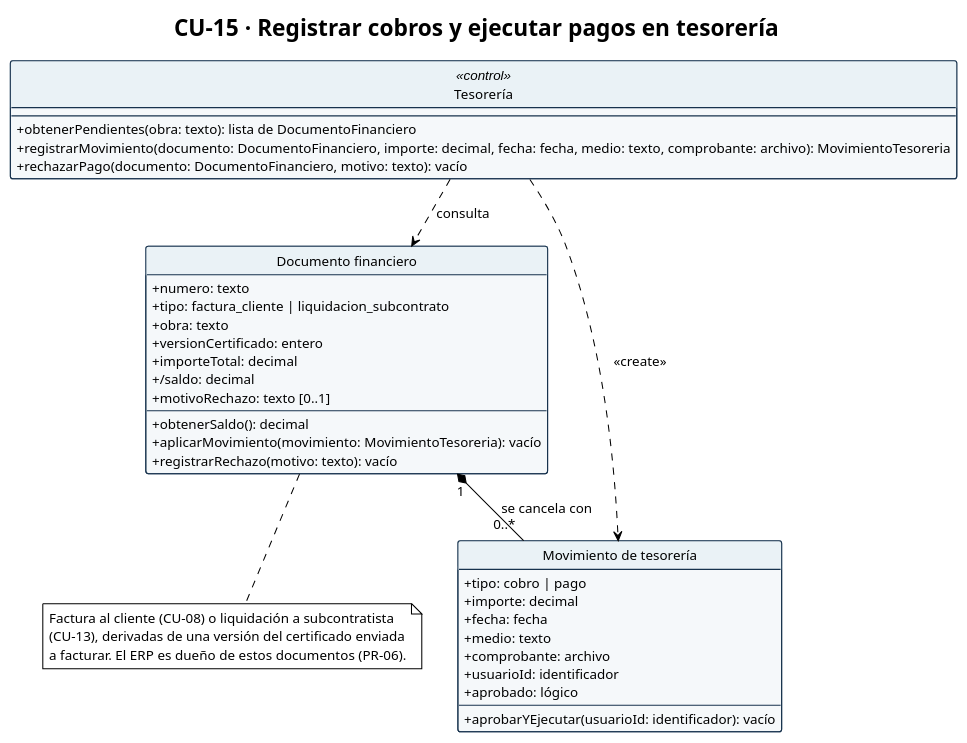
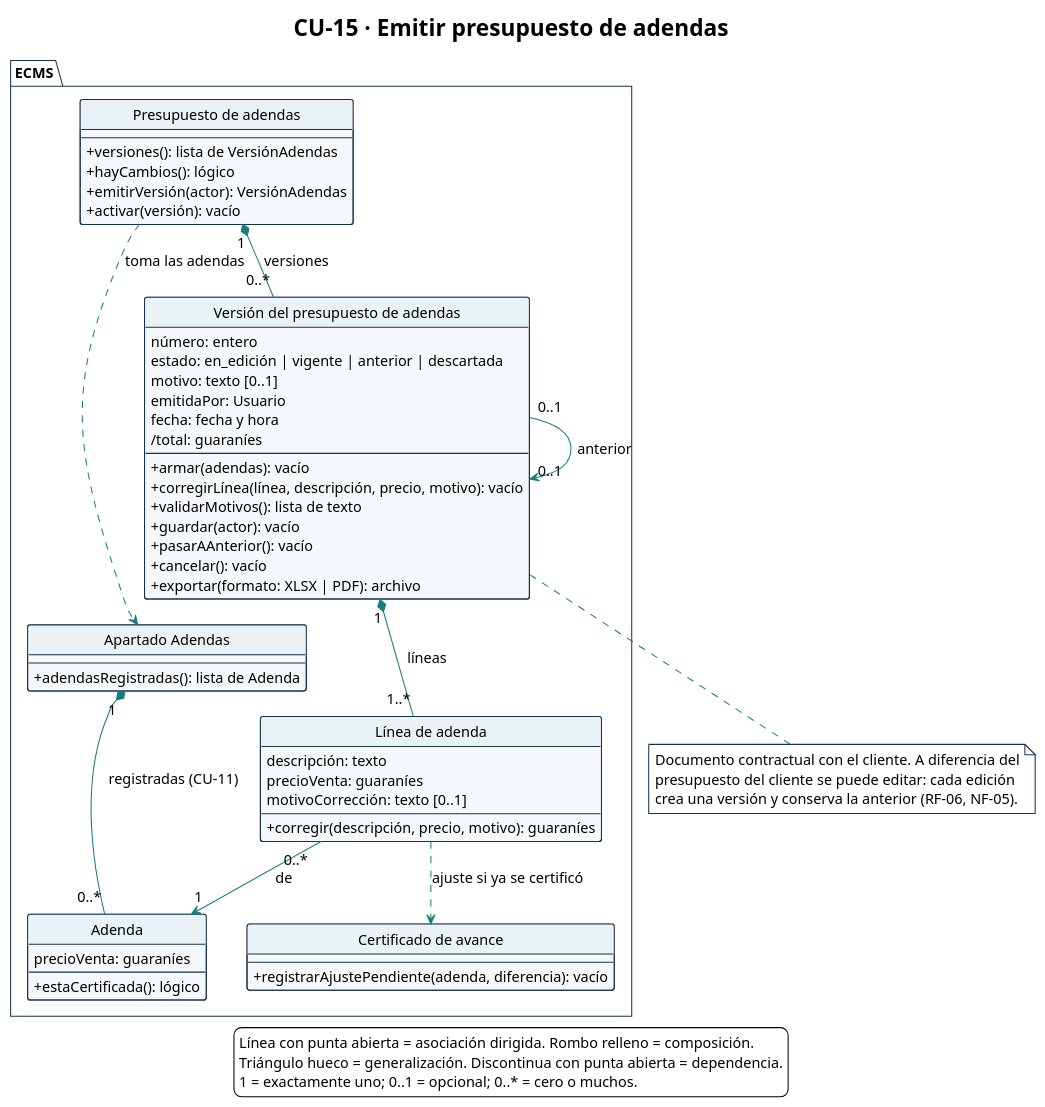
The diagram in diagramas/CU-15-clases.puml (Ssrrb/tpf-uca), drawn with PlantUML before and after one commit. The commit also changed 61 other files, not shown here.

First line of the commit message:
Regenera los diagramas para la v8 del Modelo de Análisis

```diff
--- a/diagramas/CU-15-clases.puml
+++ b/diagramas/CU-15-clases.puml
@@ -1,61 +1,98 @@
 @startuml
 !theme plain
 skinparam style strictuml
+title CU-15 · Emitir presupuesto de adendas
 hide circle
-hide empty members
+hide empty methods
+hide empty fields
 skinparam shadowing false
 skinparam classAttributeIconSize 0
 skinparam defaultFontName Arial
-skinparam defaultFontSize 13
-skinparam nodesep 35
-skinparam ranksep 45
+skinparam defaultFontSize 14
+skinparam nodesep 40
+skinparam ranksep 50
+skinparam ArrowColor #167C80
 skinparam class {
   BackgroundColor #F5F8FA
   BorderColor #17324D
   HeaderBackgroundColor #EAF2F6
 }
-title CU-15 · Registrar cobros y ejecutar pagos en tesorería
+skinparam package {
+  BackgroundColor #FFFFFF
+  BorderColor #17324D
+}
+skinparam note {
+  BackgroundColor #FFFFFF
+  BorderColor #17324D
+}
+package "ECMS" {
+  class "Presupuesto de adendas" as PresupuestoAdendas {
+    --
+    + versiones(): lista de VersiónAdendas
+    + hayCambios(): lógico
+    + emitirVersión(actor): VersiónAdendas
+    + activar(versión): vacío
+  }
 
-class "Tesorería" as Tesoreria <<control>> {
-  --
-  + obtenerPendientes(obra: texto): lista de DocumentoFinanciero
-  + registrarMovimiento(documento: DocumentoFinanciero, importe: decimal, fecha: fecha, medio: texto, comprobante: archivo): MovimientoTesoreria
-  + rechazarPago(documento: DocumentoFinanciero, motivo: texto): vacío
+  class "Versión del presupuesto de adendas" as VersionAdendas {
+    número: entero
+    estado: en_edición | vigente | anterior | descartada
+    motivo: texto [0..1]
+    emitidaPor: Usuario
+    fecha: fecha y hora
+    /total: guaraníes
+    --
+    + armar(adendas): vacío
+    + corregirLínea(línea, descripción, precio, motivo): vacío
+    + validarMotivos(): lista de texto
+    + guardar(actor): vacío
+    + pasarAAnterior(): vacío
+    + cancelar(): vacío
+    + exportar(formato: XLSX | PDF): archivo
+  }
+
+  class "Línea de adenda" as LineaAdenda {
+    descripción: texto
+    precioVenta: guaraníes
+    motivoCorrección: texto [0..1]
+    --
+    + corregir(descripción, precio, motivo): guaraníes
+  }
+
+  class "Apartado Adendas" as ApartadoAdendas {
+    --
+    + adendasRegistradas(): lista de Adenda
+  }
+
+  class Adenda {
+    precioVenta: guaraníes
+    --
+    + estaCertificada(): lógico
+  }
+
+  class "Certificado de avance" as Certificado {
+    --
+    + registrarAjustePendiente(adenda, diferencia): vacío
+  }
 }
 
-class "Documento financiero" as DocumentoFinanciero {
-  + numero: texto
-  + tipo: factura_cliente | liquidacion_subcontrato
-  + obra: texto
-  + versionCertificado: entero
-  + importeTotal: decimal
-  + /saldo: decimal
-  + motivoRechazo: texto [0..1]
-  --
-  + obtenerSaldo(): decimal
-  + aplicarMovimiento(movimiento: MovimientoTesoreria): vacío
-  + registrarRechazo(motivo: texto): vacío
-}
+PresupuestoAdendas "1" *-- "0..*" VersionAdendas : versiones
+VersionAdendas "0..1" --> "0..1" VersionAdendas : anterior
+VersionAdendas "1" *-- "1..*" LineaAdenda : líneas
+LineaAdenda "0..*" --> "1" Adenda : de
+ApartadoAdendas "1" *-- "0..*" Adenda : registradas (CU-11)
+PresupuestoAdendas ..> ApartadoAdendas : toma las adendas
+LineaAdenda ..> Certificado : ajuste si ya se certificó
 
-class "Movimiento de tesorería" as MovimientoTesoreria {
-  + tipo: cobro | pago
-  + importe: decimal
-  + fecha: fecha
-  + medio: texto
-  + comprobante: archivo
-  + usuarioId: identificador
-  + aprobado: lógico
-  --
-  + aprobarYEjecutar(usuarioId: identificador): vacío
-}
+note bottom of VersionAdendas
+  Documento contractual con el cliente. A diferencia del
+  presupuesto del cliente se puede editar: cada edición
+  crea una versión y conserva la anterior (RF-06, NF-05).
+end note
 
-Tesoreria ..> DocumentoFinanciero : consulta
-Tesoreria ..> MovimientoTesoreria : <<create>>
-DocumentoFinanciero "1" *-- "0..*" MovimientoTesoreria : se cancela con
-
-note bottom of DocumentoFinanciero
-  Factura al cliente (CU-08) o liquidación a subcontratista
-  (CU-13), derivadas de una versión del certificado enviada
-  a facturar. El ERP es dueño de estos documentos (PR-06).
-end note
+legend bottom
+  Línea con punta abierta = asociación dirigida. Rombo relleno = composición.
+  Triángulo hueco = generalización. Discontinua con punta abierta = dependencia.
+  1 = exactamente uno; 0..1 = opcional; 0..* = cero o muchos.
+endlegend
 @enduml
```
